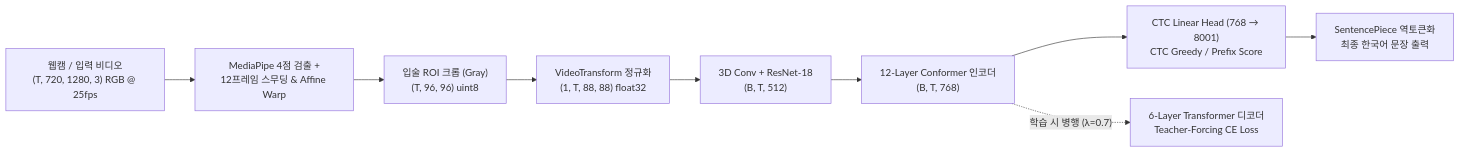
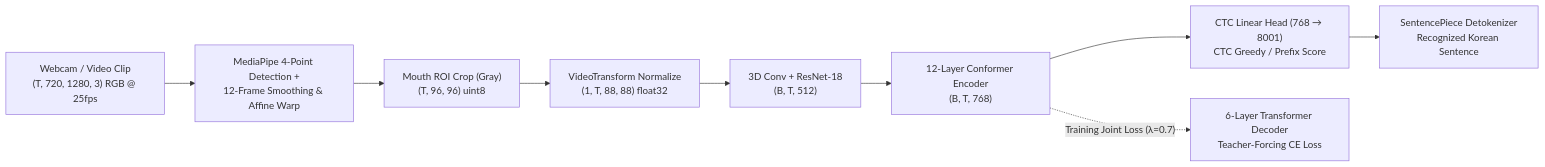
Before and after one commit to sangdeok-EE/DOKDO-VSR: the diagram in README.md, drawn with Mermaid. The commit also changed other lines of this file and 1 other file, not shown here.

Commit message:
Docs: Separate English (README.md) and Korean (README_KO.md) documentation with top language switch links

````diff
--- a/README.md
+++ b/README.md
@@ -76,11 +69,11 @@
 ```mermaid
 flowchart LR
-    A["웹캠 / 입력 비디오<br/>(T, 720, 1280, 3) RGB @ 25fps"] --> B["MediaPipe 4점 검출 +<br/>12프레임 스무딩 & Affine Warp"]
-    B --> C["입술 ROI 크롭 (Gray)<br/>(T, 96, 96) uint8"]
-    C --> D["VideoTransform 정규화<br/>(1, T, 88, 88) float32"]
+    A["Webcam / Video Clip<br/>(T, 720, 1280, 3) RGB @ 25fps"] --> B["MediaPipe 4-Point Detection +<br/>12-Frame Smoothing & Affine Warp"]
+    B --> C["Mouth ROI Crop (Gray)<br/>(T, 96, 96) uint8"]
+    C --> D["VideoTransform Normalize<br/>(1, T, 88, 88) float32"]
     D --> E["3D Conv + ResNet-18<br/>(B, T, 512)"]
-    E --> F["12-Layer Conformer 인코더<br/>(B, T, 768)"]
+    E --> F["12-Layer Conformer Encoder<br/>(B, T, 768)"]
     F --> G["CTC Linear Head (768 → 8001)<br/>CTC Greedy / Prefix Score"]
-    F -. "학습 시 병행 (λ=0.7)" .-> H["6-Layer Transformer 디코더<br/>Teacher-Forcing CE Loss"]
-    G --> I["SentencePiece 역토큰화<br/>최종 한국어 문장 출력"]
+    F -. "Training Joint Loss (λ=0.7)" .-> H["6-Layer Transformer Decoder<br/>Teacher-Forcing CE Loss"]
+    G --> I["SentencePiece Detokenizer<br/>Recognized Korean Sentence"]
 ```
````
